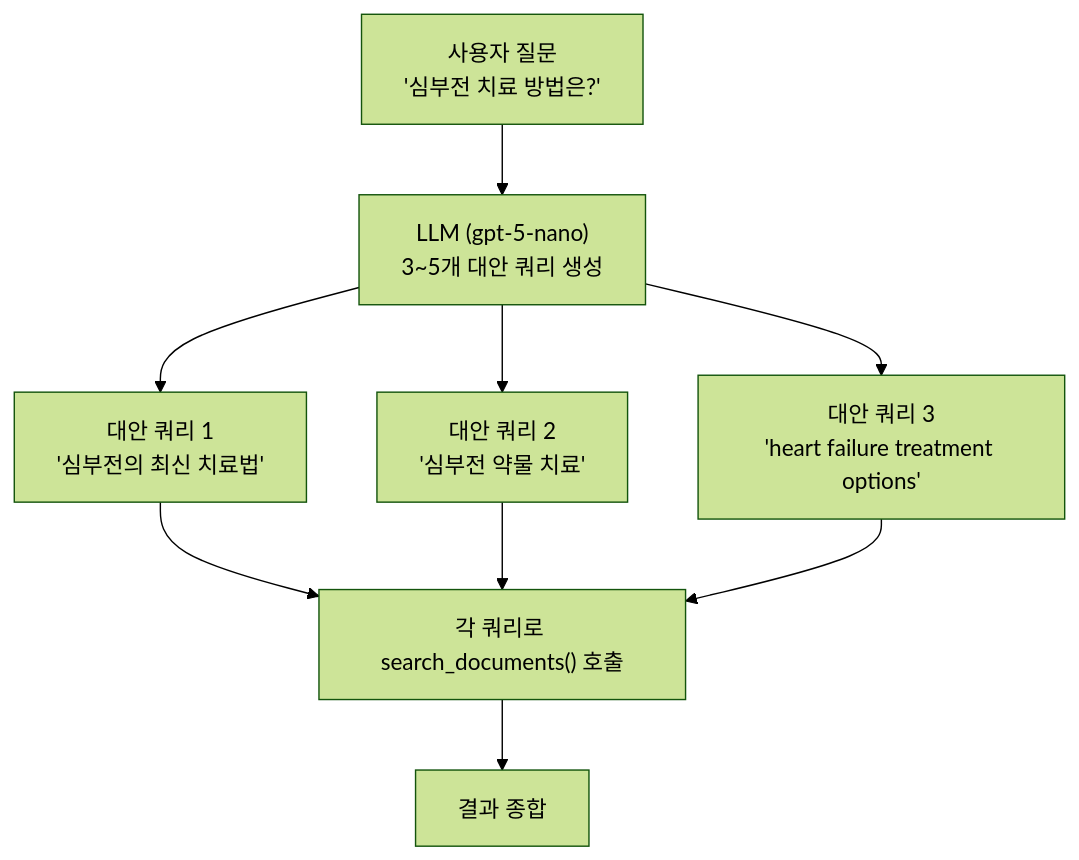
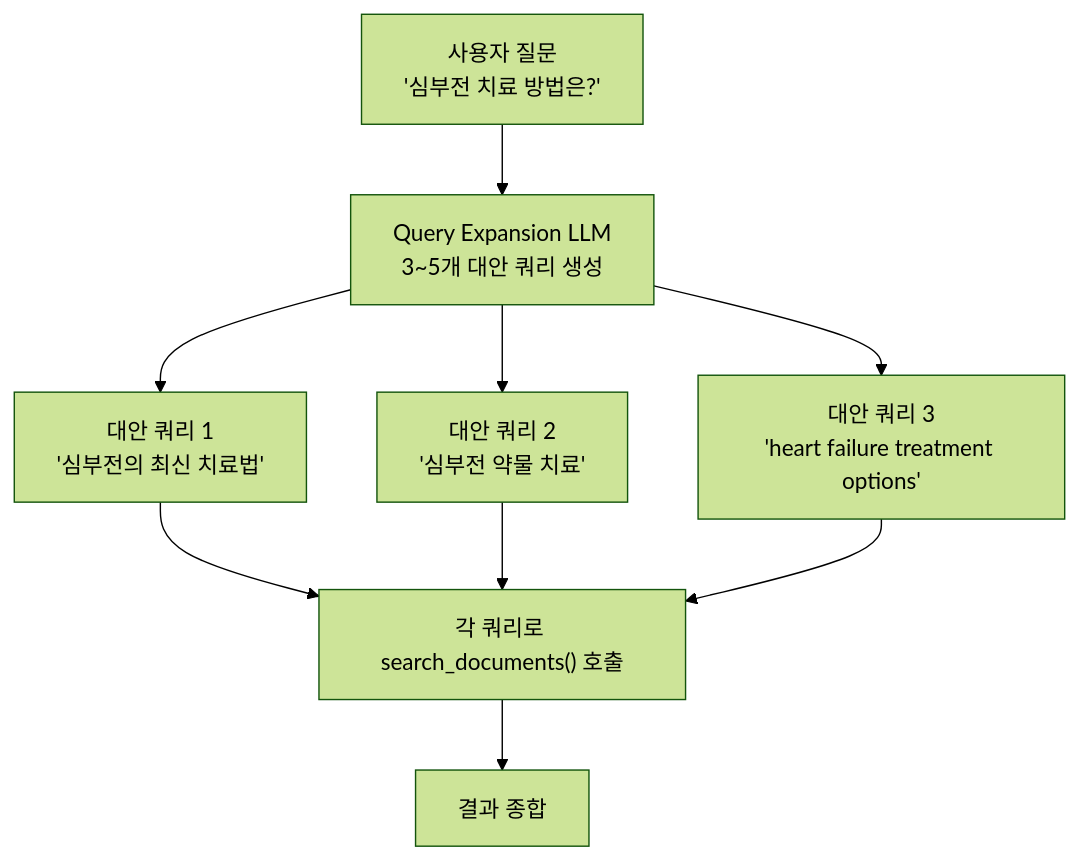
Before and after one commit to junghyunJJ/sgcp-rag: the sixth of 7 diagrams in docs/vector-search-pipeline.md, drawn with Mermaid (forest theme). The commit also changed other lines of this file and 19 other files, not shown here.

````diff
--- a/docs/vector-search-pipeline.md
+++ b/docs/vector-search-pipeline.md
@@ -371,11 +371,11 @@
 ```mermaid
 flowchart TD
-    A["사용자 질문<br/>'심부전 치료 방법은?'"] --> B["LLM (gpt-5-nano)<br/>3~5개 대안 쿼리 생성"]
+    A["사용자 질문<br/>'심부전 치료 방법은?'"] --> B["Query Expansion LLM<br/>3~5개 대안 쿼리 생성"]
     B --> C["대안 쿼리 1<br/>'심부전의 최신 치료법'"]
     B --> D["대안 쿼리 2<br/>'심부전 약물 치료'"]
     B --> E["대안 쿼리 3<br/>'heart failure treatment options'"]
     C --> F["각 쿼리로 search_documents() 호출"]
     D --> F
     E --> F
     F --> G["결과 종합"]
 ```
````
